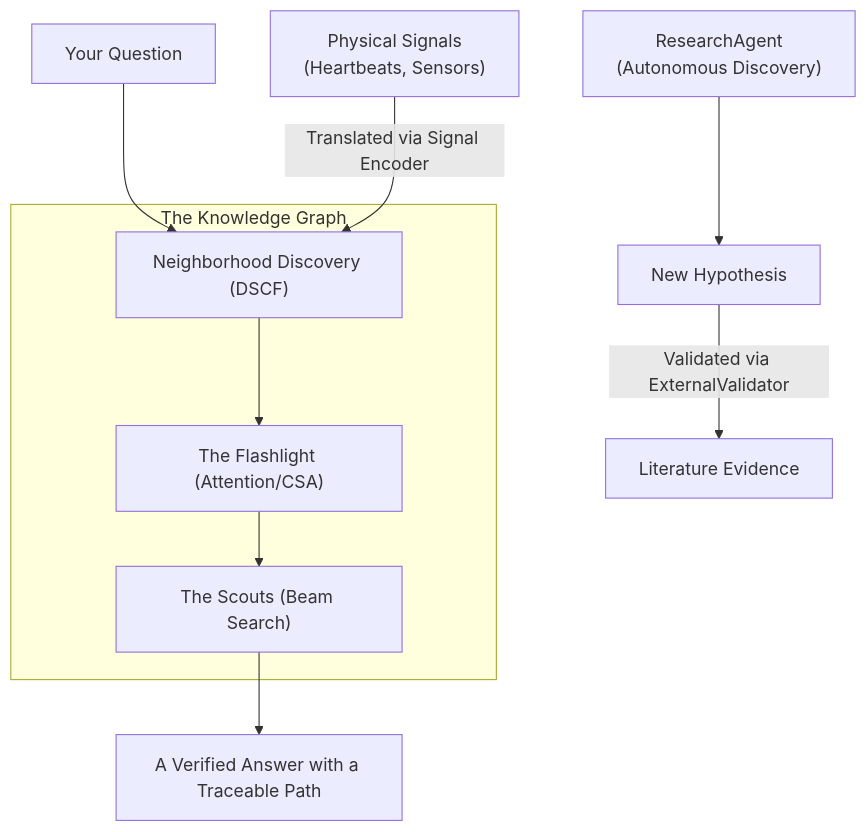
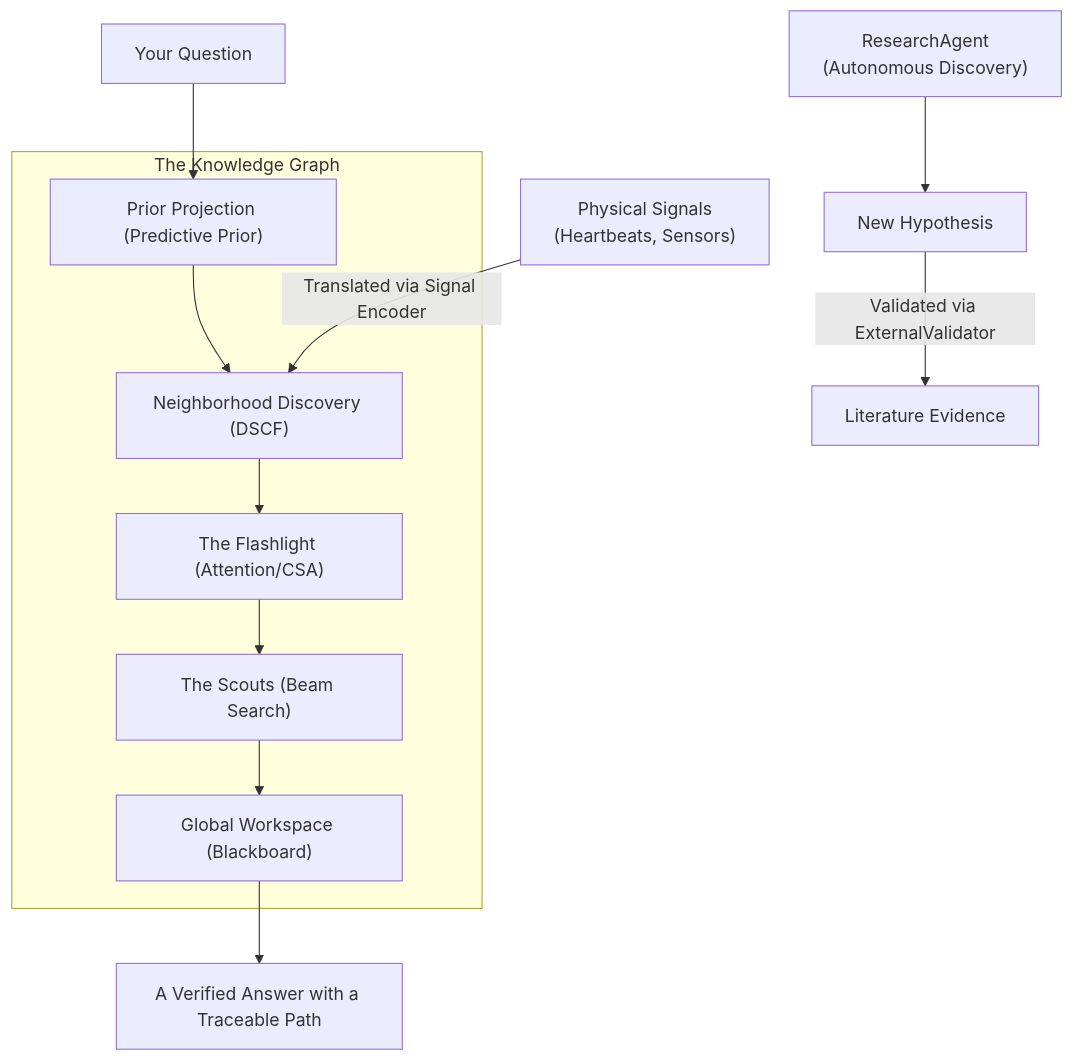
One commit to BrutalByte/CEREBRUM changed the diagram in docs/CEREBRUM_EXPLAINED.md. Above: the diagram before and after it, drawn with Mermaid. The commit also changed other lines of this file and 7 other files, not shown here.

````diff
--- a/docs/CEREBRUM_EXPLAINED.md
+++ b/docs/CEREBRUM_EXPLAINED.md
@@ -10,17 +13,21 @@
 ```mermaid
 graph TD
-    A["Your Question"] --> B["Neighborhood Discovery (DSCF)"]
+    A["Your Question"] --> BP["Prior Projection (Predictive Prior)"]
+    BP --> B["Neighborhood Discovery (DSCF)"]
     B --> C["The Flashlight (Attention/CSA)"]
     C --> D["The Scouts (Beam Search)"]
-    D --> E["A Verified Answer with a Traceable Path"]
+    D --> GWS["Global Workspace (Blackboard)"]
+    GWS --> E["A Verified Answer with a Traceable Path"]
 
     subgraph "The Knowledge Graph"
+    BP
     B
     C
     D
+    GWS
     end
 
     F["Physical Signals\n(Heartbeats, Sensors)"] -- "Translated via Signal Encoder" --> B
     G["New Hypothesis"] -- "Validated via ExternalValidator" --> H["Literature Evidence"]
     I["ResearchAgent\n(Autonomous Discovery)"] --> G
 ```
````
